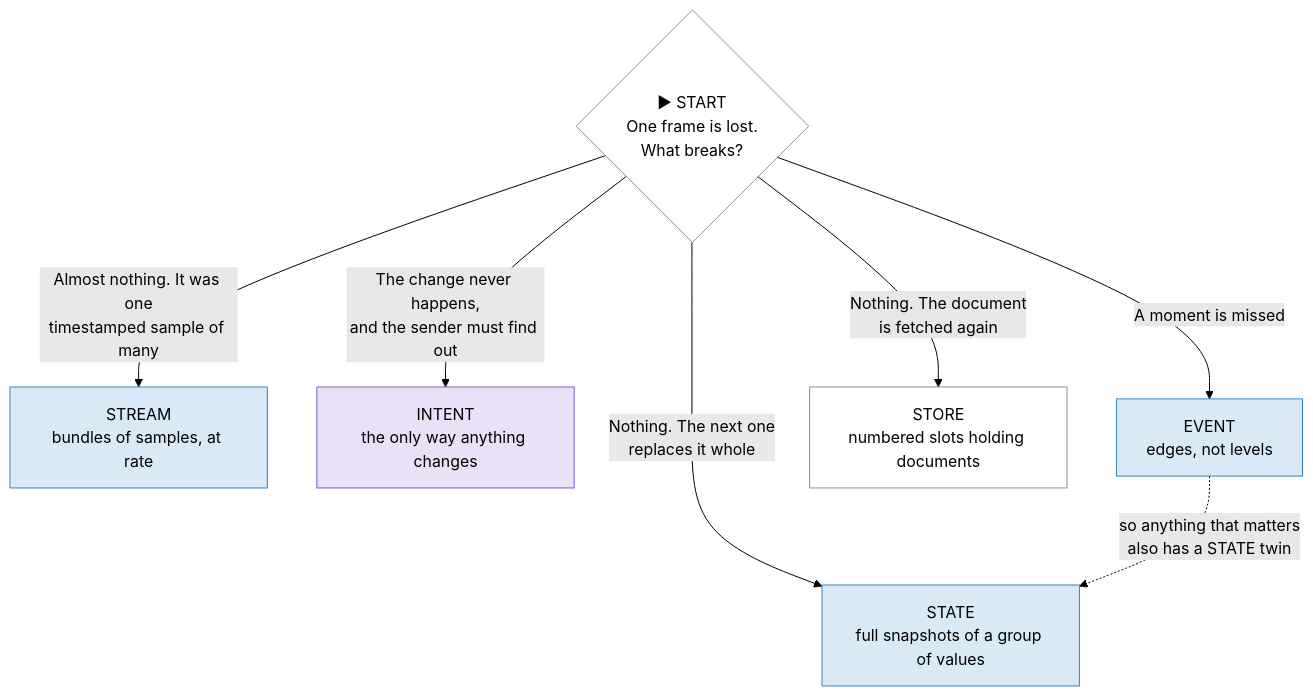
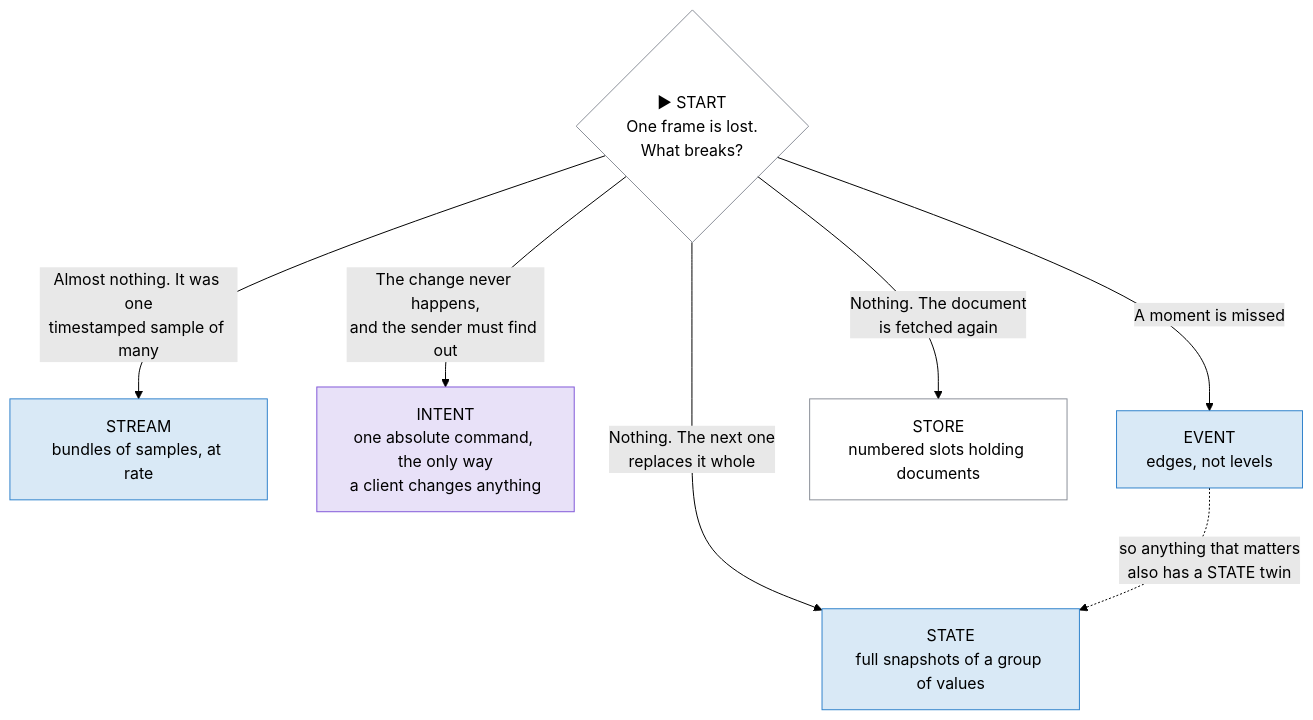
Before and after one commit to openvalence/Valence: the second of 7 diagrams in docs-site/docs/understand/how-it-works.md, drawn with Mermaid (forest theme). The commit also changed other lines of this file and 66 other files, not shown here.

````diff
--- a/docs-site/docs/understand/how-it-works.md
+++ b/docs-site/docs/understand/how-it-works.md
@@ -85,17 +78,17 @@
 ```mermaid
 flowchart TD
     Q{"▶ START<br/>One frame is lost.<br/>What breaks?"}:::party
 
     Q -->|"Nothing. The next one<br/>replaces it whole"| S["STATE<br/>full snapshots of a group of values"]:::truth
     Q -->|"Almost nothing. It was one<br/>timestamped sample of many"| ST["STREAM<br/>bundles of samples, at rate"]:::truth
-    Q -->|"The change never happens,<br/>and the sender must find out"| I["INTENT<br/>the only way anything changes"]:::wish
+    Q -->|"The change never happens,<br/>and the sender must find out"| I["INTENT<br/>one absolute command, the only way<br/>a client changes anything"]:::wish
     Q -->|"A moment is missed"| E["EVENT<br/>edges, not levels"]:::truth
     Q -->|"Nothing. The document<br/>is fetched again"| B["STORE<br/>numbered slots holding documents"]:::store
 
     E -.->|"so anything that matters<br/>also has a STATE twin"| S
 
     classDef truth fill:#3183cc2e,stroke:#3183cc
     classDef wish fill:#8158d82e,stroke:#8158d8
     classDef store fill:none,stroke:#8a8f98
     classDef party fill:none,stroke:#8a8f98
 ```
````
